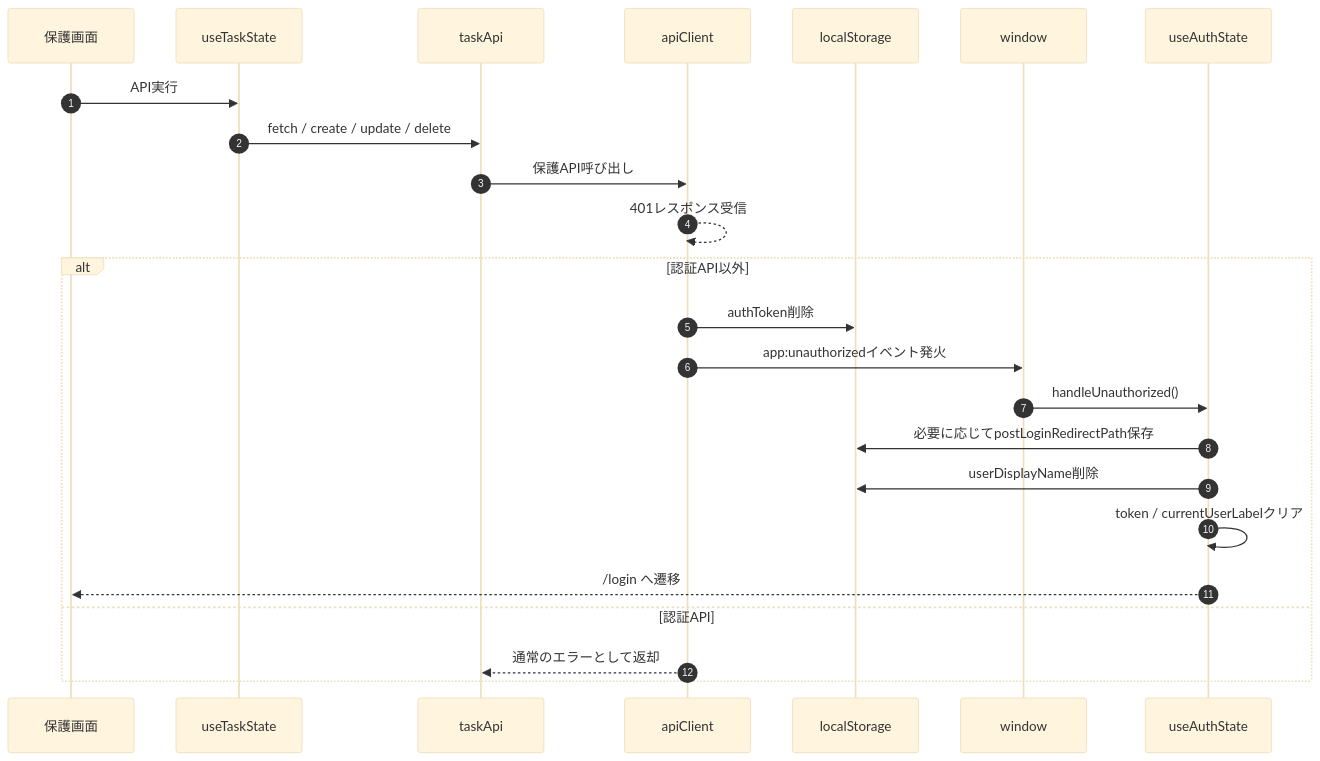
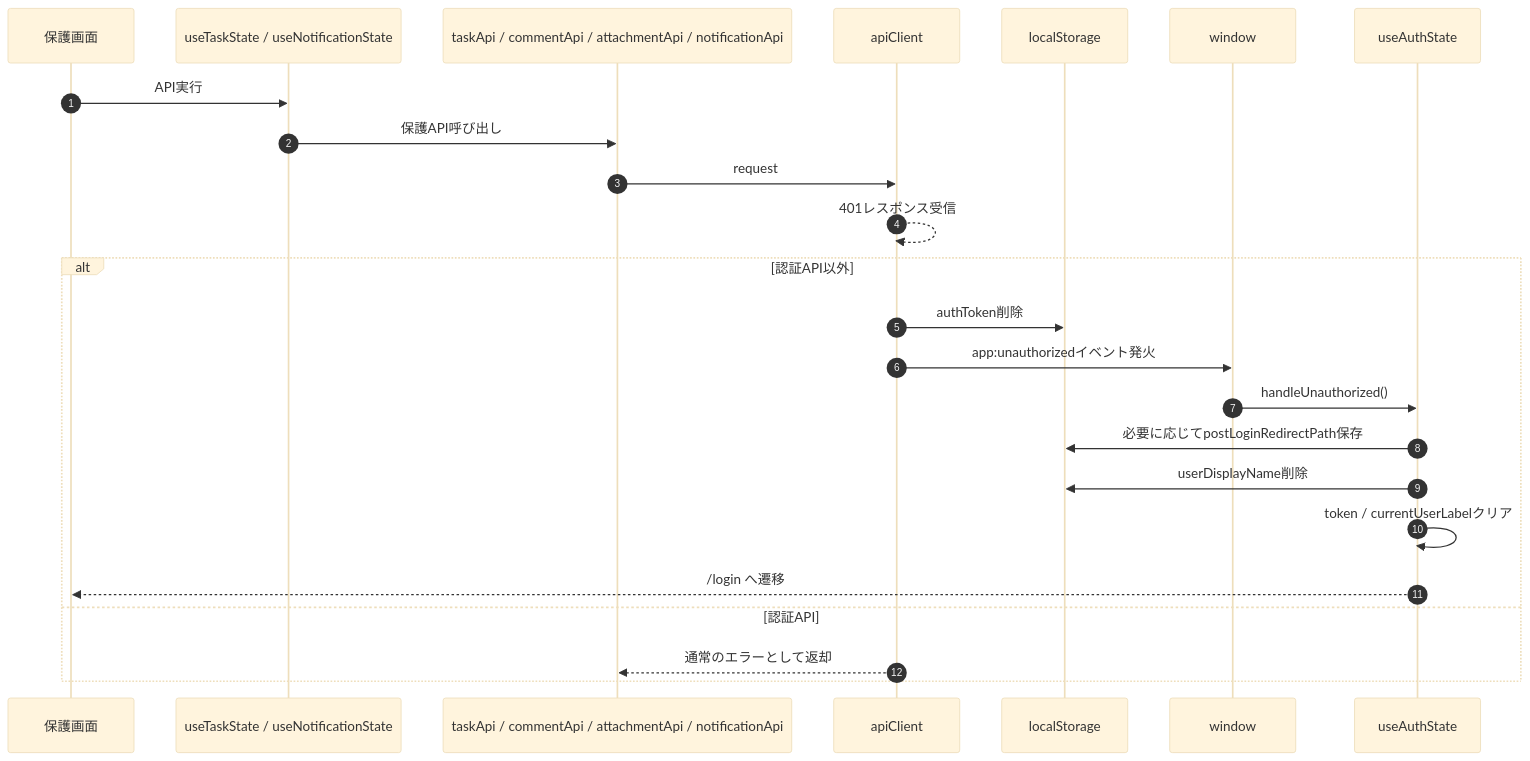
One commit to kitune-udon/task-manager-app changed diagram 20 of 21 in docs/01_設計/09_シーケンス図設計書.md. Above: the diagram before and after it, drawn with Mermaid (base theme). The commit also changed other lines of this file and 10 other files, not shown here.

````diff
--- a/docs/01_設計/09_シーケンス図設計書.md
+++ b/docs/01_設計/09_シーケンス図設計書.md
@@ -662,27 +1311,27 @@
 ```mermaid
 sequenceDiagram
     autonumber
     participant Screen as 保護画面
-    participant TaskState as useTaskState
-    participant TaskApi as taskApi
+    participant State as useTaskState / useNotificationState
+    participant Api as taskApi / commentApi / attachmentApi / notificationApi
     participant ApiClient as apiClient
     participant Storage as localStorage
     participant Window as window
     participant AuthState as useAuthState
 
-    Screen->>TaskState: API実行
-    TaskState->>TaskApi: fetch / create / update / delete
-    TaskApi->>ApiClient: 保護API呼び出し
+    Screen->>State: API実行
+    State->>Api: 保護API呼び出し
+    Api->>ApiClient: request
     ApiClient-->>ApiClient: 401レスポンス受信
     alt 認証API以外
         ApiClient->>Storage: authToken削除
         ApiClient->>Window: app:unauthorizedイベント発火
         Window->>AuthState: handleUnauthorized()
         AuthState->>Storage: 必要に応じてpostLoginRedirectPath保存
         AuthState->>Storage: userDisplayName削除
         AuthState->>AuthState: token / currentUserLabelクリア
         AuthState-->>Screen: /login へ遷移
     else 認証API
-        ApiClient-->>TaskApi: 通常のエラーとして返却
+        ApiClient-->>Api: 通常のエラーとして返却
     end
 ```
````
